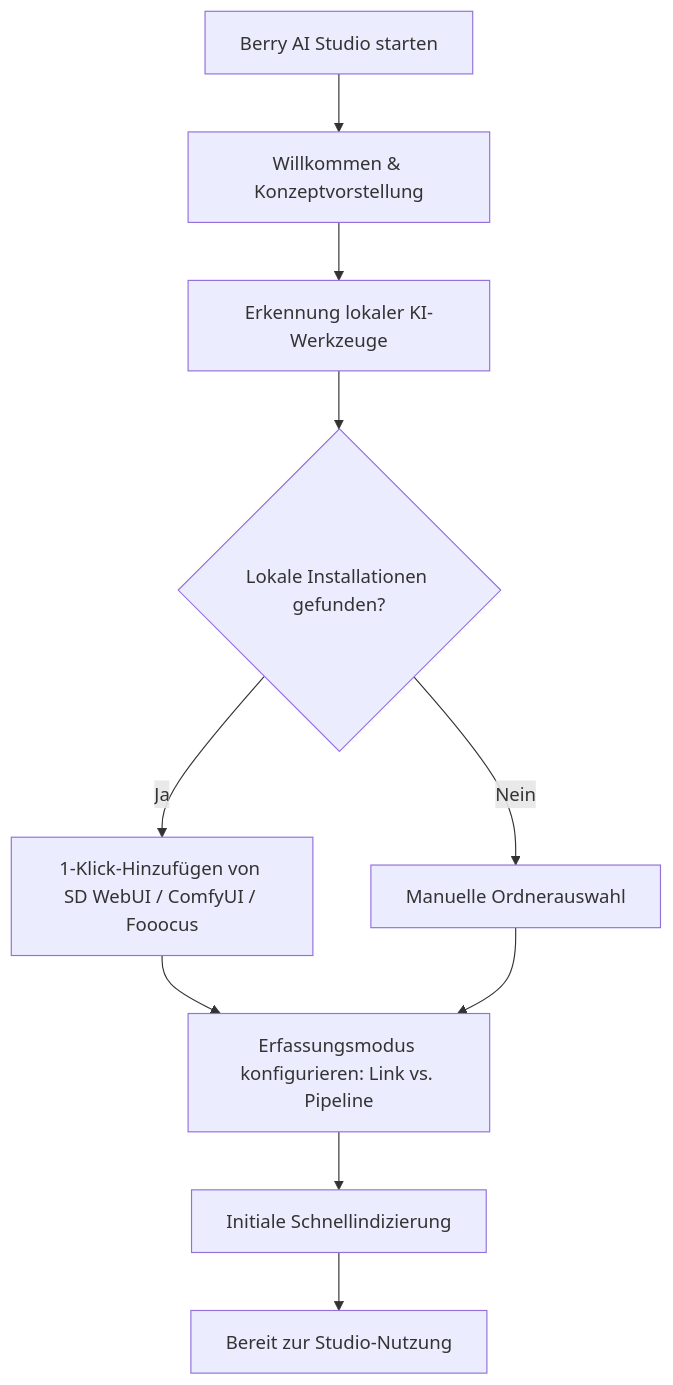
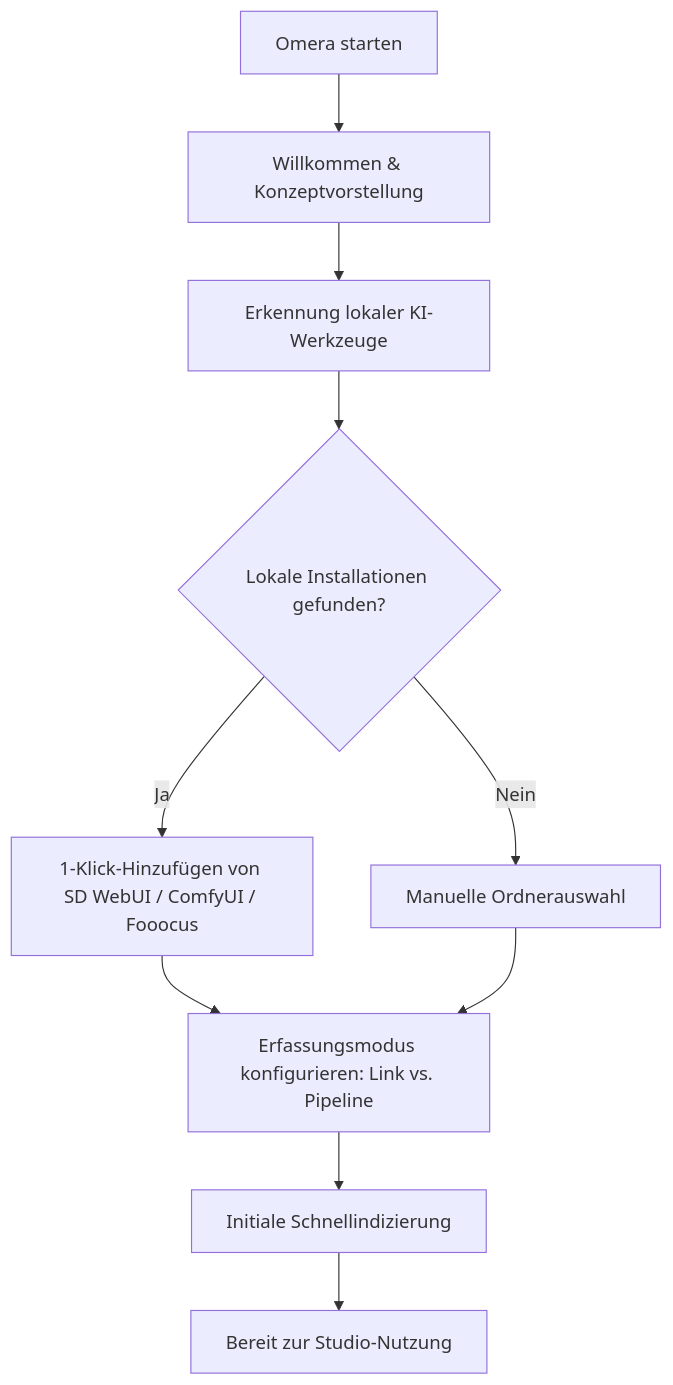
One commit to BerryUIKI/Berry-AI-Studio changed the diagram in docs/wiki/de/01-getting-started/installation.md. Above: the diagram before and after it, drawn with Mermaid. The commit also changed other lines of this file and 224 other files, not shown here.

````diff
--- a/docs/wiki/de/01-getting-started/installation.md
+++ b/docs/wiki/de/01-getting-started/installation.md
@@ -66,12 +66,12 @@
 ```mermaid
 flowchart TD
-    A["Berry AI Studio starten"] --> B["Willkommen & Konzeptvorstellung"]
+    A["Omera starten"] --> B["Willkommen & Konzeptvorstellung"]
     B --> C["Erkennung lokaler KI-Werkzeuge"]
     C --> D{"Lokale Installationen gefunden?"}
     D -- Ja --> E["1-Klick-Hinzufügen von SD WebUI / ComfyUI / Fooocus"]
     D -- Nein --> F["Manuelle Ordnerauswahl"]
     E --> G["Erfassungsmodus konfigurieren: Link vs. Pipeline"]
     F --> G
     G --> H["Initiale Schnellindizierung"]
     H --> I["Bereit zur Studio-Nutzung"]
 ```
````
